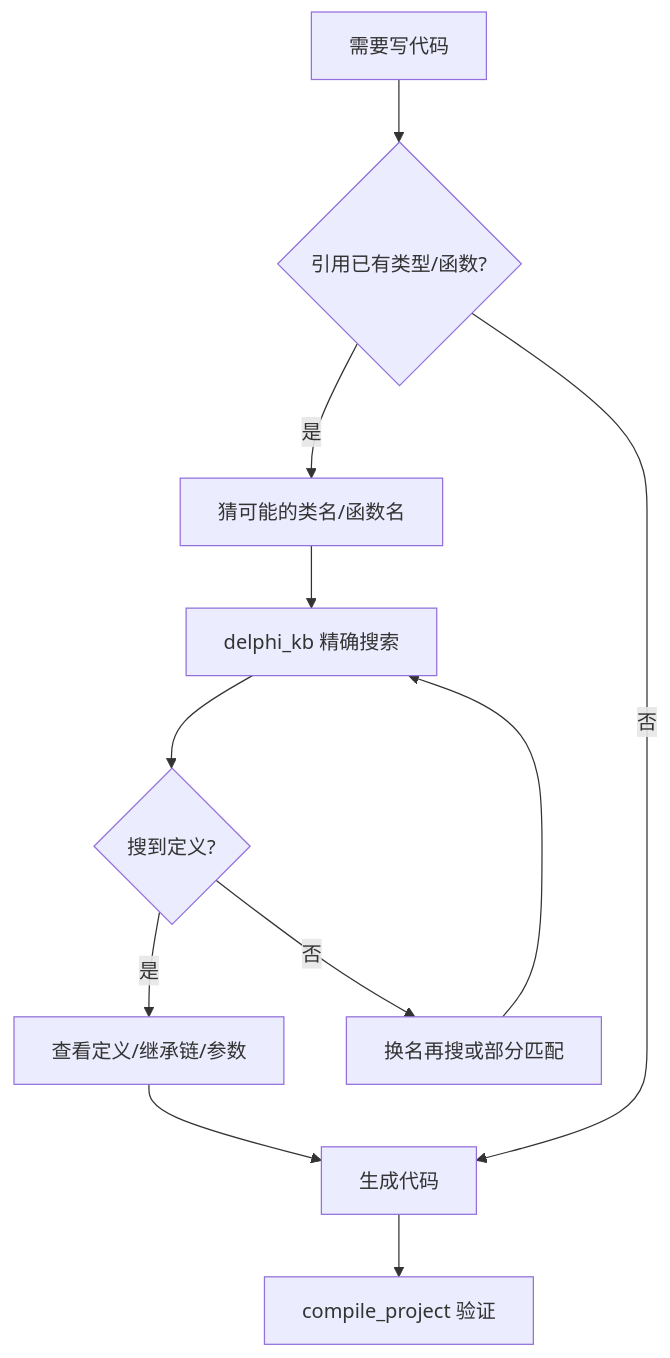
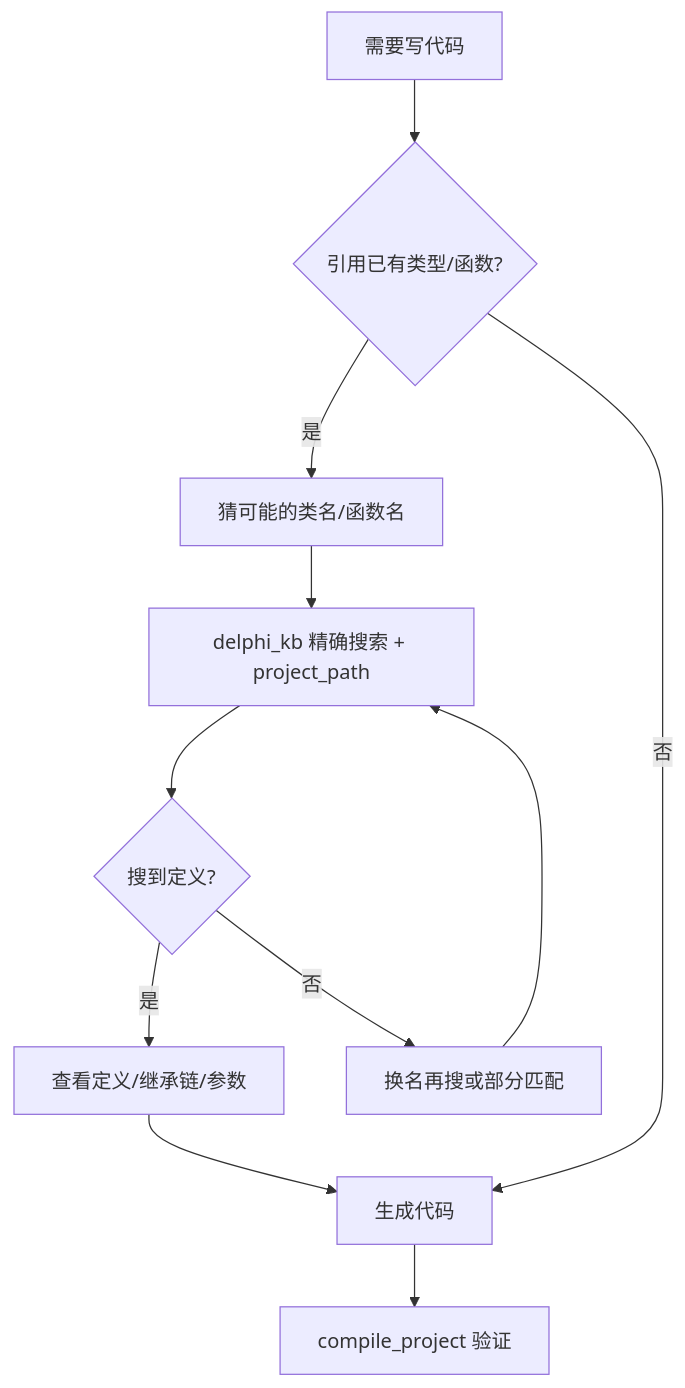
One commit to wqmeng/delphi-complier-mcp-server changed the diagram in AGENTS.md. Above: the diagram before and after it, drawn with Mermaid. The commit also changed other lines of this file and 18 other files, not shown here.

````diff
--- a/AGENTS.md
+++ b/AGENTS.md
@@ -383,13 +414,13 @@
 ```mermaid
 graph TD
     A[需要写代码] --> B{引用已有类型/函数?}
     B -->|是| C[猜可能的类名/函数名]
     B -->|否| Z[直接生成代码]
-    C --> D[delphi_kb 精确搜索]
+    C --> D[delphi_kb 精确搜索 + project_path]
     D --> E{搜到定义?}
     E -->|是| F[查看定义/继承链/参数]
     E -->|否| G[换名再搜或部分匹配]
     G --> D
     F --> Z[生成代码]
     Z --> H[compile_project 验证]
 ```
````
